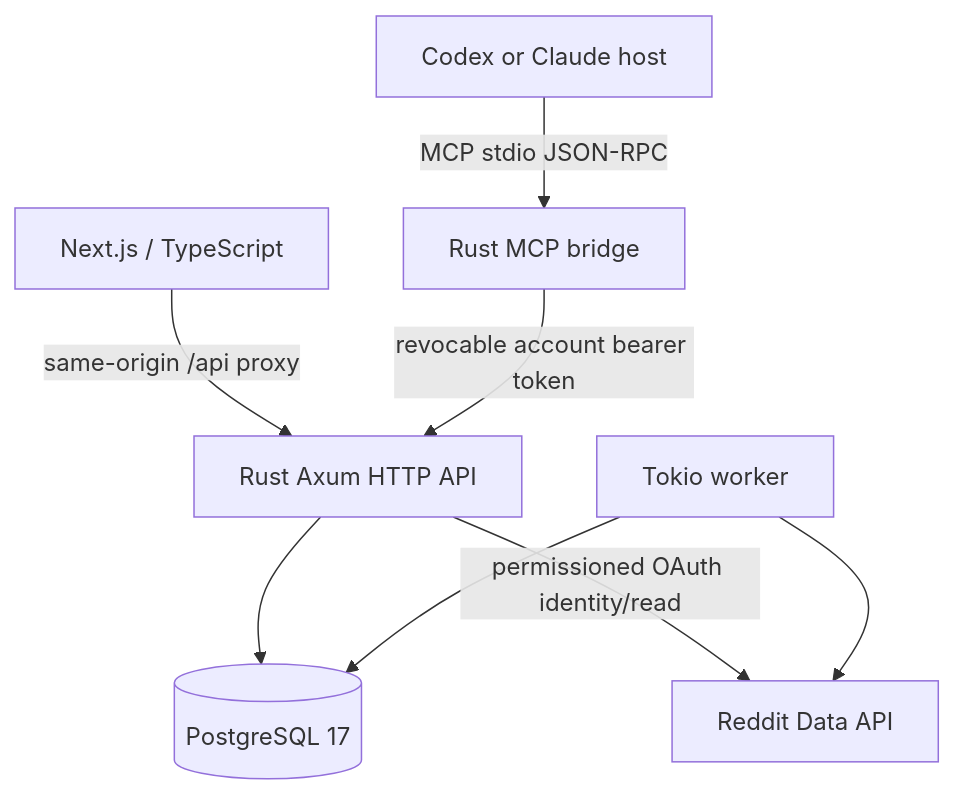
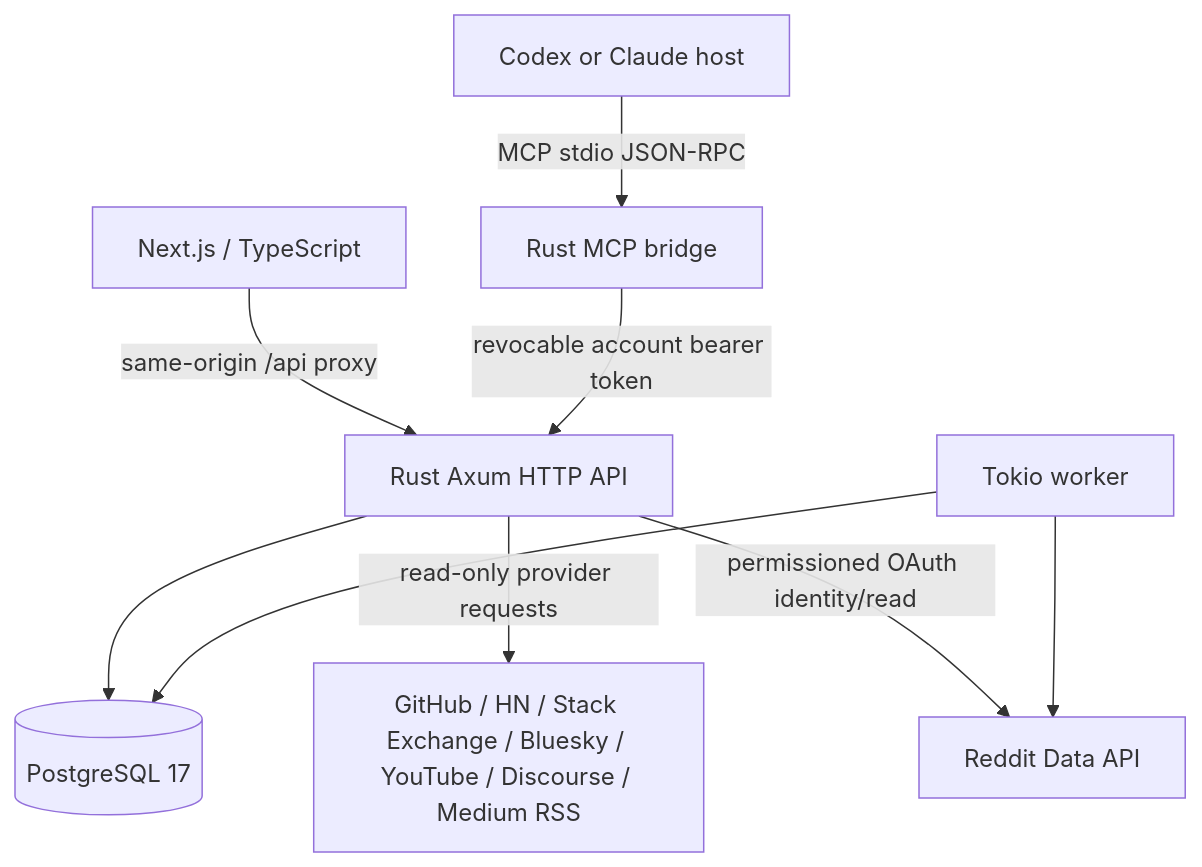
One commit to savisaluwadana/Pain-Point-Analyzer changed the diagram in docs/ARCHITECTURE.md. Above: the diagram before and after it, drawn with Mermaid. The commit also changed other lines of this file and 6 other files, not shown here.

````diff
--- a/docs/ARCHITECTURE.md
+++ b/docs/ARCHITECTURE.md
@@ -9,10 +9,11 @@
 ```mermaid
 flowchart TB
   Browser["Next.js / TypeScript"] -->|same-origin /api proxy| API["Rust Axum HTTP API"]
   Host["Codex or Claude host"] -->|MCP stdio JSON-RPC| Bridge["Rust MCP bridge"]
   Bridge -->|revocable account bearer token| API
   API --> PG[("PostgreSQL 17")]
+  API -->|read-only provider requests| Sources["GitHub / HN / Stack Exchange / Bluesky / YouTube / Discourse / Medium RSS"]
   API -->|permissioned OAuth identity/read| Reddit["Reddit Data API"]
   Worker["Tokio worker"] --> PG
   Worker --> Reddit
 ```
````
